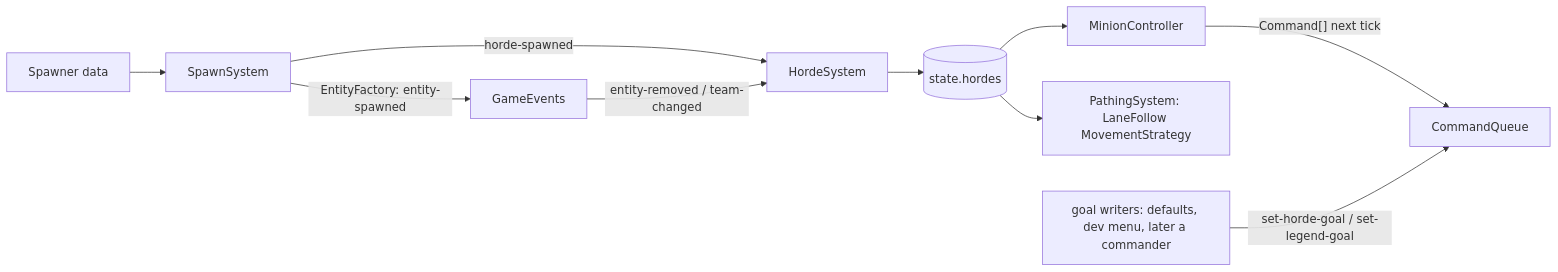
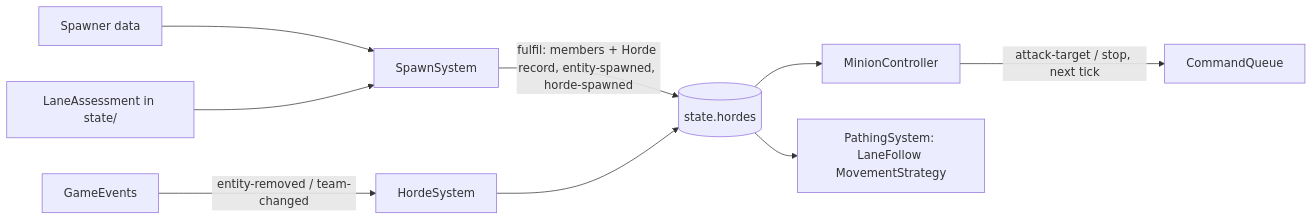
Before and after one commit to SamarjitBhogal/eternalus: the diagram in docs/architecture/18-minion-system.md, drawn with Mermaid. The commit also changed other lines of this file and 15 other files, not shown here.

````diff
--- a/docs/architecture/18-minion-system.md
+++ b/docs/architecture/18-minion-system.md
@@ -104,12 +106,11 @@
 ```mermaid
 flowchart LR
   TL[Spawner data] --> SS[SpawnSystem]
-  SS -- "EntityFactory: entity-spawned" --> EV[GameEvents]
-  SS -- "horde-spawned" --> HS[HordeSystem]
-  EV -- "entity-removed / team-changed" --> HS
-  HS --> ST[(state.hordes)]
+  LA[LaneAssessment in state/] --> SS
+  SS -- "fulfil: members + Horde record, entity-spawned, horde-spawned" --> ST[(state.hordes)]
+  EV[GameEvents] -- "entity-removed / team-changed" --> HS[HordeSystem]
+  HS --> ST
   ST --> MC[MinionController]
-  MC -- "Command[] next tick" --> CQ[CommandQueue]
+  MC -- "attack-target / stop, next tick" --> CQ[CommandQueue]
   ST --> PS[PathingSystem: LaneFollow MovementStrategy]
-  W[goal writers: defaults, dev menu, later a commander] -- "set-horde-goal / set-legend-goal" --> CQ
 ```
````
